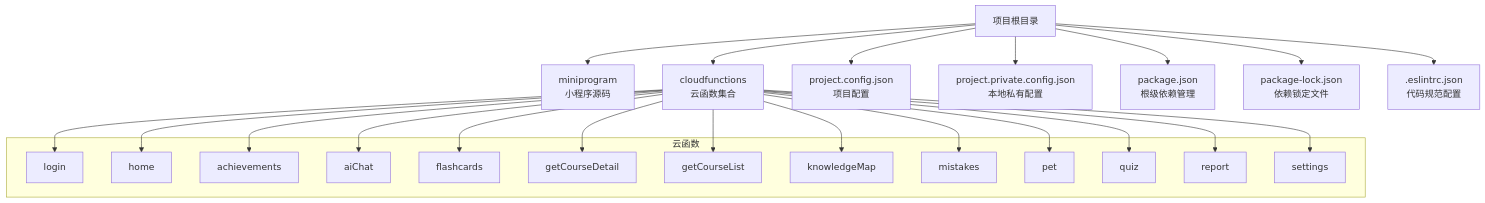
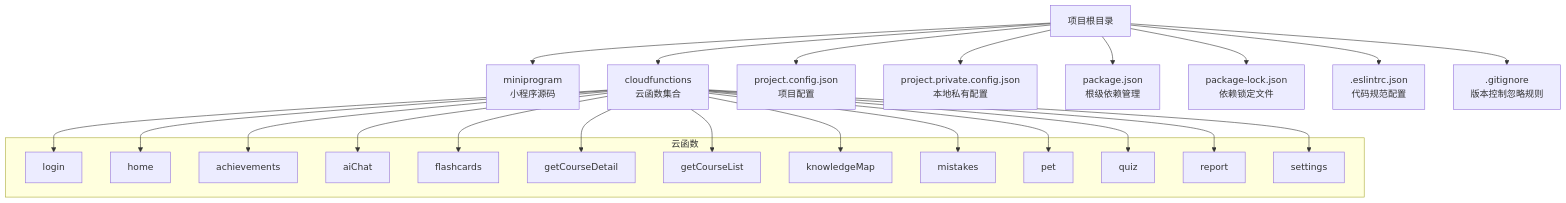
One commit to cwb7756/bio changed the first of 3 diagrams in .qoder/repowiki/zh/content/部署运维/环境配置.md. Above: the diagram before and after it, drawn with Mermaid. The commit also changed other lines of this file and 35 other files, not shown here.

````diff
--- a/.qoder/repowiki/zh/content/部署运维/环境配置.md
+++ b/.qoder/repowiki/zh/content/部署运维/环境配置.md
@@ -65,38 +68,39 @@
 ```mermaid
 graph TB
 A["项目根目录"] --> B["miniprogram<br/>小程序源码"]
 A --> C["cloudfunctions<br/>云函数集合"]
 A --> D["project.config.json<br/>项目配置"]
 A --> E["project.private.config.json<br/>本地私有配置"]
 A --> F["package.json<br/>根级依赖管理"]
 A --> G["package-lock.json<br/>依赖锁定文件"]
 A --> H[".eslintrc.json<br/>代码规范配置"]
+A --> I[".gitignore<br/>版本控制忽略规则"]
 subgraph "云函数"
 C1["login"]
 C2["home"]
 C3["achievements"]
 C4["aiChat"]
 C5["flashcards"]
 C6["getCourseDetail"]
 C7["getCourseList"]
 C8["knowledgeMap"]
 C9["mistakes"]
 C10["pet"]
 C11["quiz"]
 C12["report"]
 C13["settings"]
 end
 C --> C1
 C --> C2
 C --> C3
 C --> C4
 C --> C5
 C --> C6
 C --> C7
 C --> C8
 C --> C9
 C --> C10
 C --> C11
 C --> C12
 C --> C13
 ```
````
